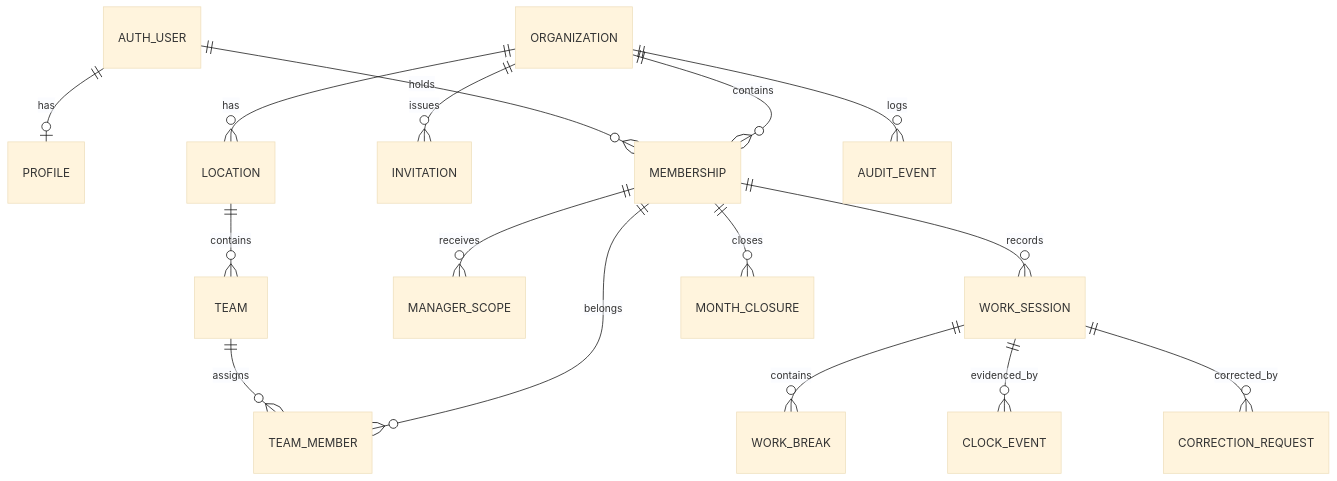
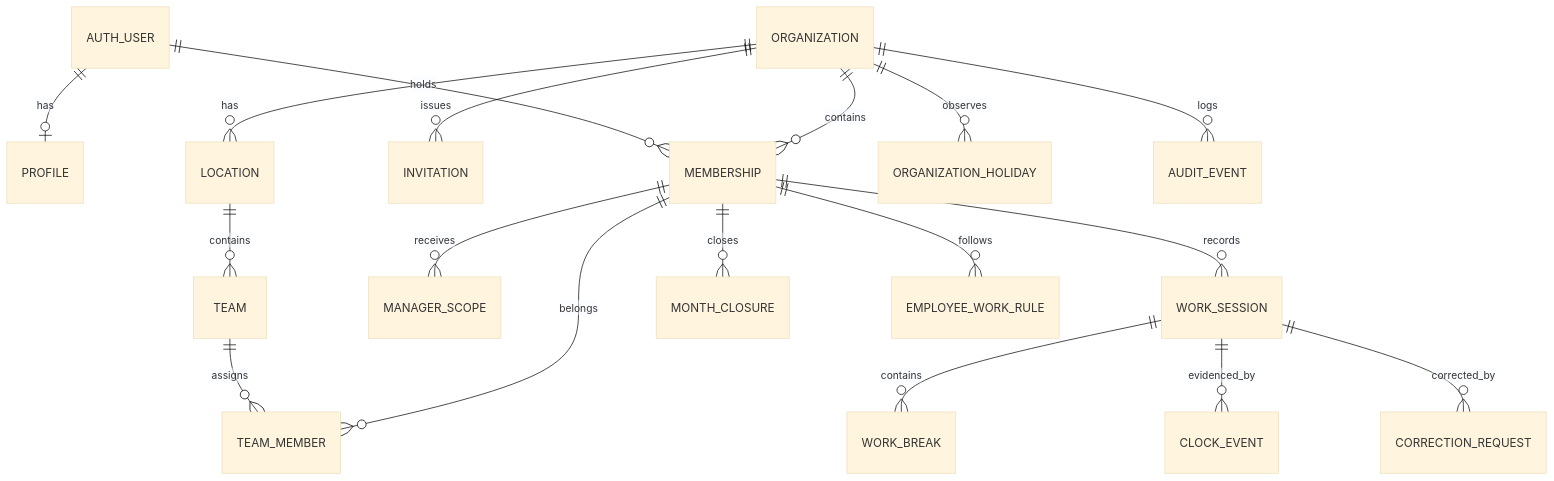
One commit to tomasbernik/TeamZeit changed the diagram in docs/DATABASE.md. Above: the diagram before and after it, drawn with Mermaid (base theme). The commit also changed other lines of this file and 42 other files, not shown here.

````diff
--- a/docs/DATABASE.md
+++ b/docs/DATABASE.md
@@ -7,18 +7,20 @@
 ```mermaid
 erDiagram
   AUTH_USER ||--o| PROFILE : has
   AUTH_USER ||--o{ MEMBERSHIP : holds
   ORGANIZATION ||--o{ MEMBERSHIP : contains
   ORGANIZATION ||--o{ INVITATION : issues
   ORGANIZATION ||--o{ LOCATION : has
   LOCATION ||--o{ TEAM : contains
   TEAM ||--o{ TEAM_MEMBER : assigns
   MEMBERSHIP ||--o{ TEAM_MEMBER : belongs
   MEMBERSHIP ||--o{ MANAGER_SCOPE : receives
   MEMBERSHIP ||--o{ WORK_SESSION : records
   WORK_SESSION ||--o{ WORK_BREAK : contains
   WORK_SESSION ||--o{ CLOCK_EVENT : evidenced_by
   WORK_SESSION ||--o{ CORRECTION_REQUEST : corrected_by
   MEMBERSHIP ||--o{ MONTH_CLOSURE : closes
+  MEMBERSHIP ||--o{ EMPLOYEE_WORK_RULE : follows
+  ORGANIZATION ||--o{ ORGANIZATION_HOLIDAY : observes
   ORGANIZATION ||--o{ AUDIT_EVENT : logs
 ```
````
